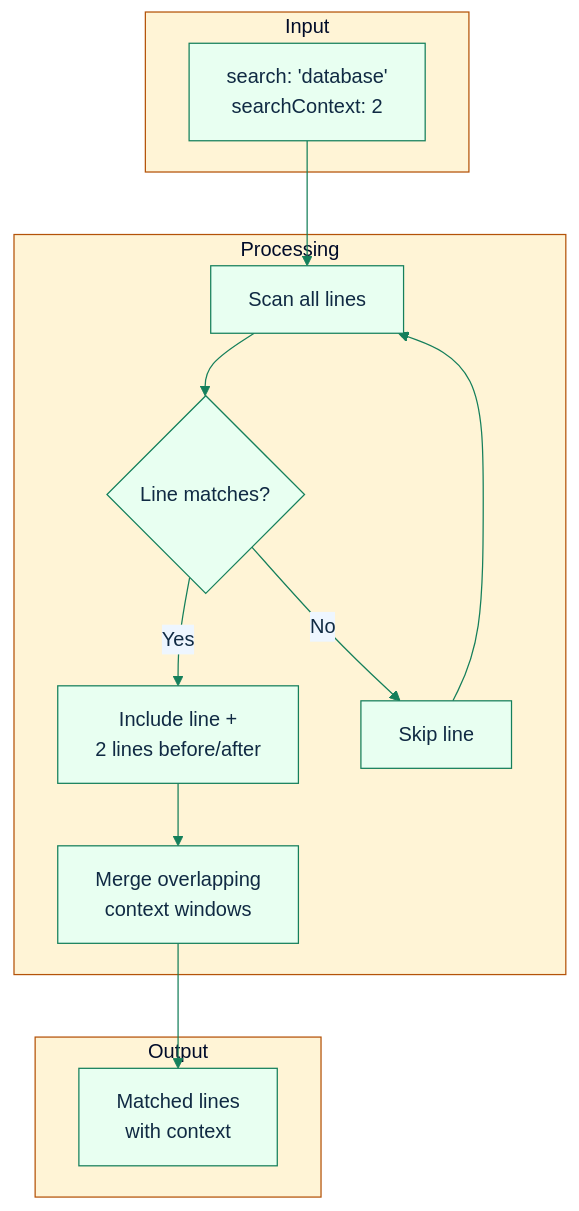
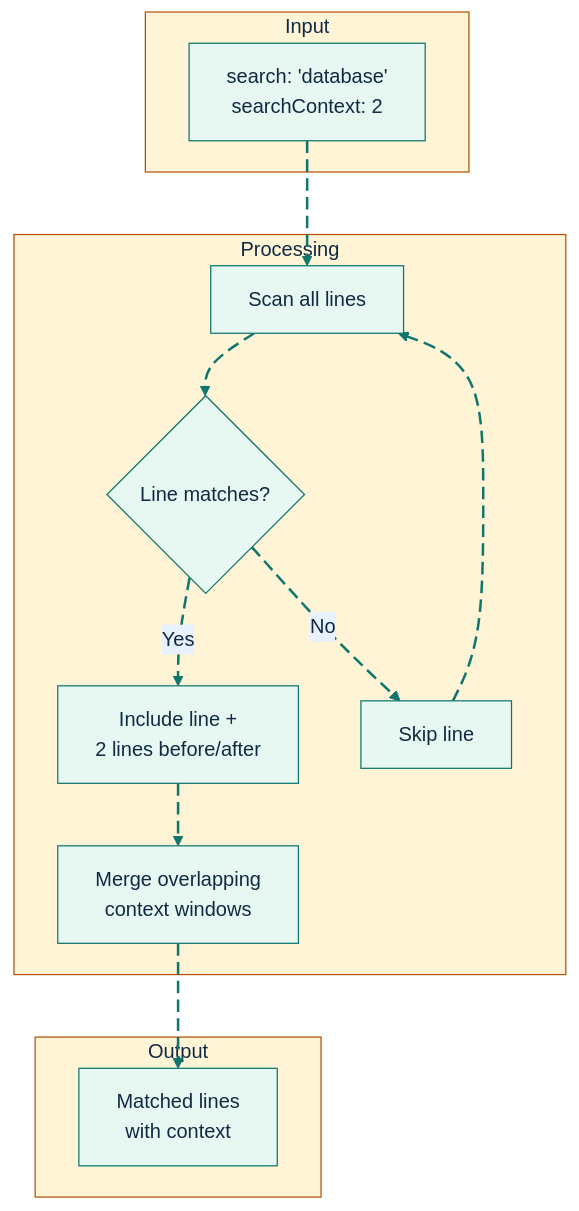
Before and after one commit to GlitterKill/sdl-mcp: the third of 5 diagrams in docs/file-read-tool.md, drawn with Mermaid. The commit also changed other lines of this file and 33 other files, not shown here.

First line of the commit message:
docs: update mermaid diagram themes and styling across documentation

````diff
--- a/docs/file-read-tool.md
+++ b/docs/file-read-tool.md
@@ -129,27 +147,36 @@
 ```mermaid
-%%{init: {"theme":"base","themeVariables":{"primaryColor":"#e8fff1","primaryBorderColor":"#157f5b","primaryTextColor":"#102a43","secondaryColor":"#eef6ff","secondaryBorderColor":"#2563eb","tertiaryColor":"#fff4d6","tertiaryBorderColor":"#b45309","lineColor":"#157f5b","fontFamily":"Trebuchet MS, Arial"},"flowchart":{"curve":"basis"}}}%%
+%%{init: {"theme":"base","themeVariables":{"background":"#ffffff","primaryColor":"#E7F8F2","primaryBorderColor":"#0F766E","primaryTextColor":"#102A43","secondaryColor":"#E8F1FF","secondaryBorderColor":"#2563EB","secondaryTextColor":"#102A43","tertiaryColor":"#FFF4D6","tertiaryBorderColor":"#B45309","tertiaryTextColor":"#102A43","lineColor":"#0F766E","textColor":"#102A43","fontFamily":"Inter, ui-sans-serif, system-ui, -apple-system, BlinkMacSystemFont, Segoe UI, sans-serif"},"flowchart":{"curve":"basis","htmlLabels":true}}}%%
 flowchart TD
     subgraph Input
         A["search: 'database'<br>searchContext: 2"]
     end
 
     subgraph Processing
         B[Scan all lines]
         C{Line matches?}
         D[Include line +<br>2 lines before/after]
         E[Skip line]
         F[Merge overlapping<br>context windows]
     end
 
     subgraph Output
         G[Matched lines<br>with context]
     end
 
-    A --> B
-    B --> C
-    C -->|Yes| D
-    C -->|No| E
-    D --> F
-    E --> B
-    F --> G
+    A e1@--> B
+    B e2@--> C
+    C e3@-->|Yes| D
+    C e4@-->|No| E
+    D e5@--> F
+    E e6@--> B
+    F e7@--> G
+
+    classDef source fill:#E7F8F2,stroke:#0F766E,stroke-width:2px,color:#102A43;
+    classDef process fill:#E8F1FF,stroke:#2563EB,stroke-width:2px,color:#102A43;
+    classDef decision fill:#FFF4D6,stroke:#B45309,stroke-width:2px,color:#102A43;
+    classDef storage fill:#F2E8FF,stroke:#7C3AED,stroke-width:2px,color:#102A43;
+    classDef output fill:#FFE8EF,stroke:#BE123C,stroke-width:2px,color:#102A43;
+    classDef muted fill:#F8FAFC,stroke:#64748B,stroke-width:1px,color:#102A43;
+    classDef animate stroke:#0F766E,stroke-width:2px,stroke-dasharray:10\,5,stroke-dashoffset:900,animation:dash 22s linear infinite;
+    class e1,e2,e3,e4,e5,e6,e7 animate;
 ```
````
